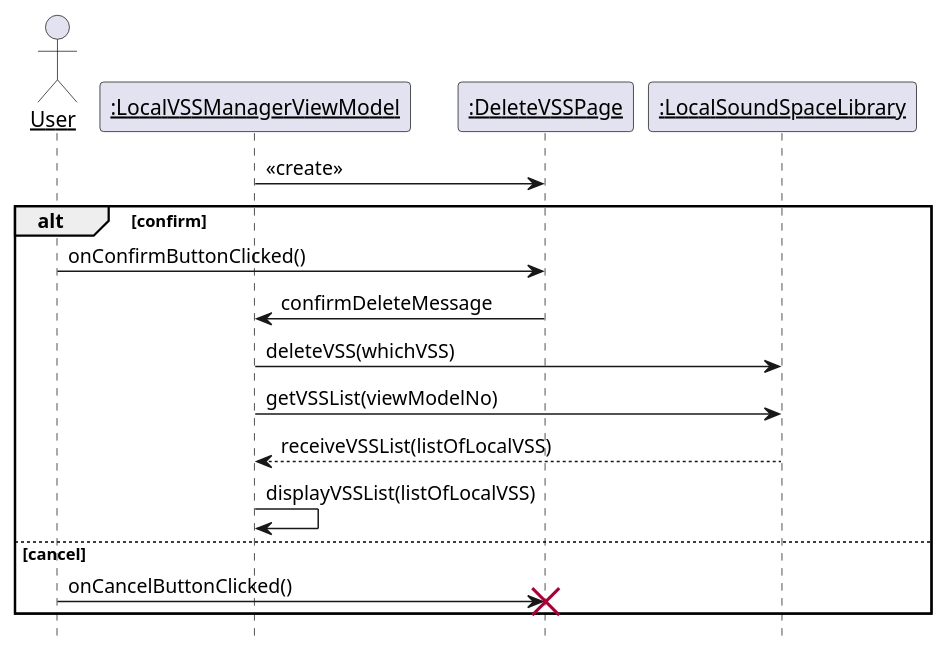
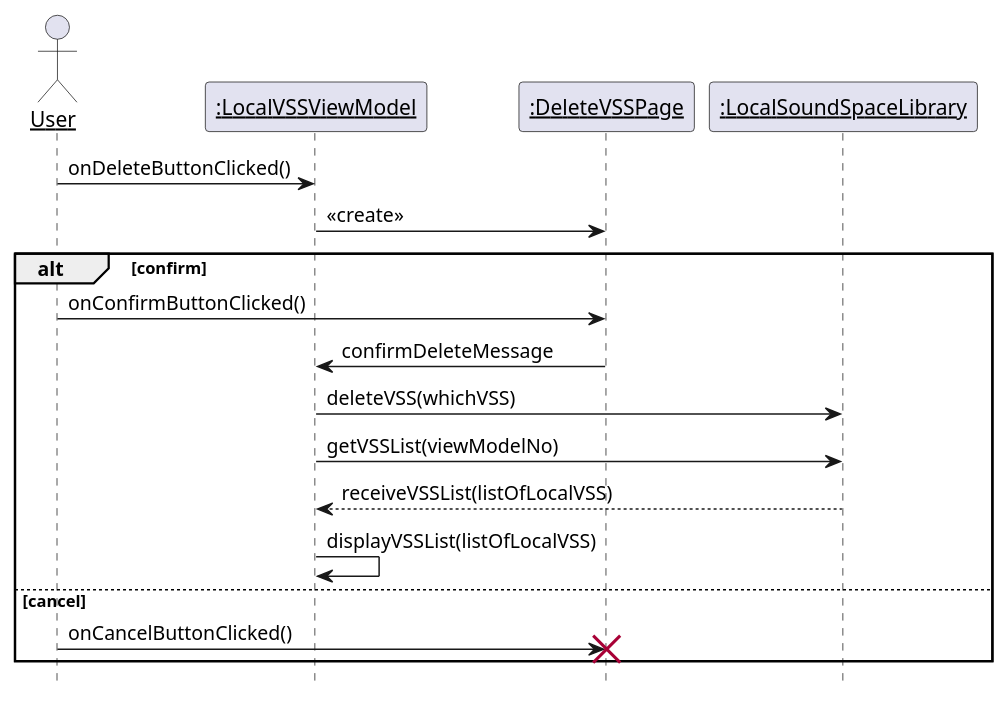
Before and after one commit to kpp19920121/doc: diagram 18 of 30 in 设计/顺序图.md, drawn with PlantUML. The commit also changed other lines of this file and 2 other files, not shown here.

````diff
--- a/设计/顺序图.md
+++ b/设计/顺序图.md
@@ -605,25 +605,26 @@
 ```PlantUML
 @startuml Diagrams/DeleteVSS
 hide footbox
 skinparam sequenceParticipant underline
 
 actor User as user
-participant ":LocalVSSManagerViewModel" as viewModel
+participant ":LocalVSSViewModel" as viewModel
 participant ":DeleteVSSPage" as page
 participant ":LocalSoundSpaceLibrary" as library
 
+user -> viewModel: onDeleteButtonClicked()
 viewModel -> page: <<create>>
 alt confirm
     user -> page: onConfirmButtonClicked()
     page -> viewModel: confirmDeleteMessage
     viewModel -> library: deleteVSS(whichVSS)
     viewModel -> library: getVSSList(viewModelNo)
     library --> viewModel: receiveVSSList(listOfLocalVSS)
     viewModel -> viewModel: displayVSSList(listOfLocalVSS)
 else cancel
     user -> page: onCancelButtonClicked()
     destroy page
 end
 
 @enduml
 ```
````
